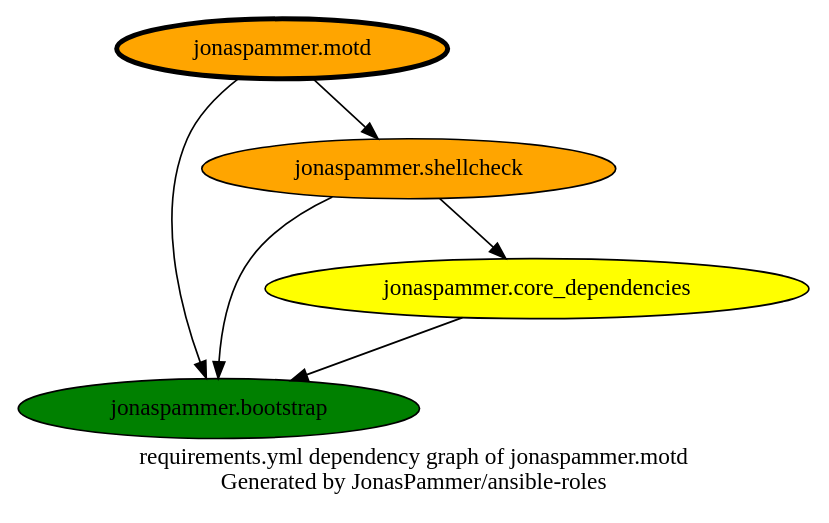
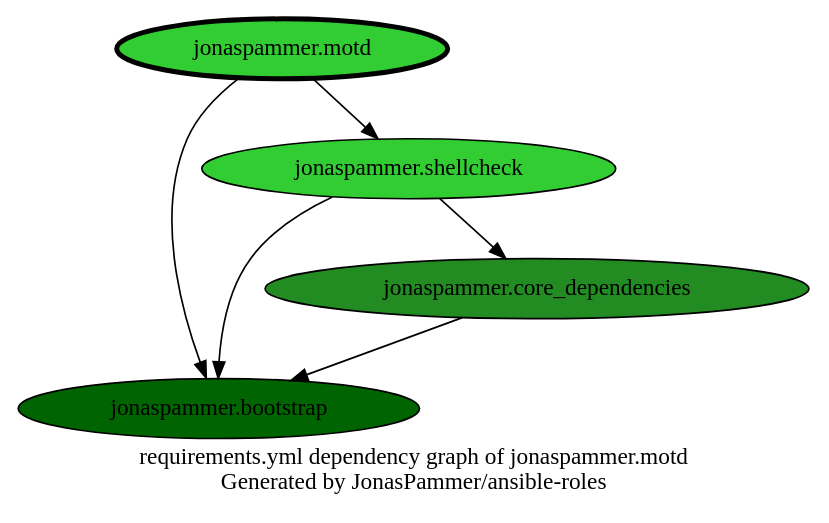
Before and after one commit to JonasPammer/ansible-roles: the diagram in graphs/dependencies_motd.dot, drawn with Graphviz. The commit also changed 33 other files, not shown here.

```diff
--- a/graphs/dependencies_motd.dot
+++ b/graphs/dependencies_motd.dot
@@ -1,17 +1,17 @@
 // This file is generated from `templates/dependencies_single.adoc.jinja2` by Github CI, all local changes will be lost eventually.
 digraph hierarchy {
   label = "requirements.yml dependency graph of jonaspammer.motd \n Generated by JonasPammer/ansible-roles" ;
   overlap=false
 
   {
-    "jonaspammer.motd" [fillcolor=orange style=filled penwidth=3]
-    "jonaspammer.bootstrap" [fillcolor=green style=filled ]
-    "jonaspammer.shellcheck" [fillcolor=orange style=filled ]
-    "jonaspammer.core_dependencies" [fillcolor=yellow style=filled ]
+    "jonaspammer.motd" [fillcolor=limegreen style=filled penwidth=3]
+    "jonaspammer.bootstrap" [fillcolor=darkgreen style=filled ]
+    "jonaspammer.shellcheck" [fillcolor=limegreen style=filled ]
+    "jonaspammer.core_dependencies" [fillcolor=forestgreen style=filled ]
   }
 
 
   "jonaspammer.motd" -> {"jonaspammer.bootstrap" "jonaspammer.shellcheck"}
   "jonaspammer.shellcheck" -> {"jonaspammer.bootstrap" "jonaspammer.core_dependencies"}
   "jonaspammer.core_dependencies" -> {"jonaspammer.bootstrap"}
 }
```
